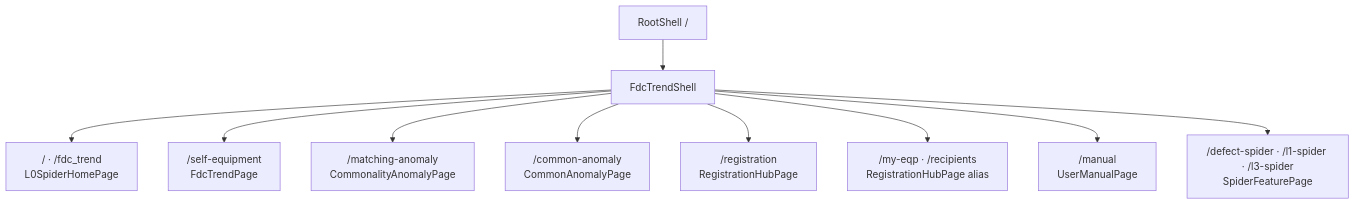
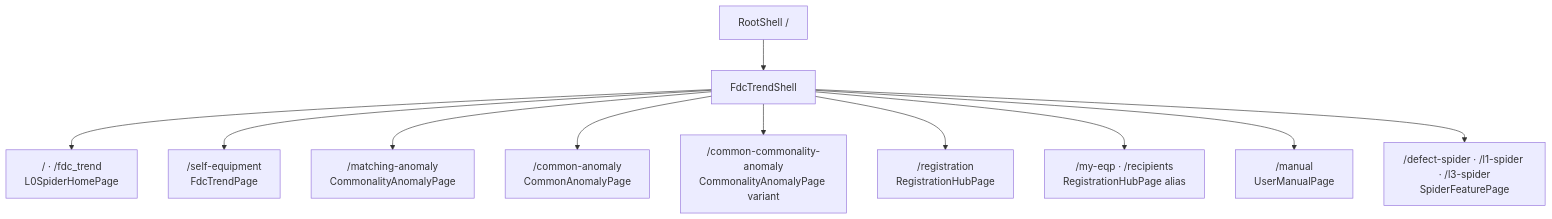
One commit to mlbarod/l0_spider changed the third of 12 diagrams in web_structure.md. Above: the diagram before and after it, drawn with Mermaid. The commit also changed other lines of this file and 21 other files, not shown here.

````diff
--- a/web_structure.md
+++ b/web_structure.md
@@ -207,23 +207,25 @@
 ```mermaid
 flowchart TD
     ROOT["RootShell /"]
     SHELL["FdcTrendShell"]
     HOME["/ · /fdc_trend<br/>L0SpiderHomePage"]
     SELF["/self-equipment<br/>FdcTrendPage"]
     MATCH["/matching-anomaly<br/>CommonalityAnomalyPage"]
     COMMON["/common-anomaly<br/>CommonAnomalyPage"]
+    COMMON_MATCH["/common-commonality-anomaly<br/>CommonalityAnomalyPage variant"]
     REG["/registration<br/>RegistrationHubPage"]
     ALIAS["/my-eqp · /recipients<br/>RegistrationHubPage alias"]
     MANUAL["/manual<br/>UserManualPage"]
     INTERNAL["/defect-spider · /l1-spider · /l3-spider<br/>SpiderFeaturePage"]
 
     ROOT --> SHELL
     SHELL --> HOME
     SHELL --> SELF
     SHELL --> MATCH
     SHELL --> COMMON
+    SHELL --> COMMON_MATCH
     SHELL --> REG
     SHELL --> ALIAS
     SHELL --> MANUAL
     SHELL --> INTERNAL
 ```
````
